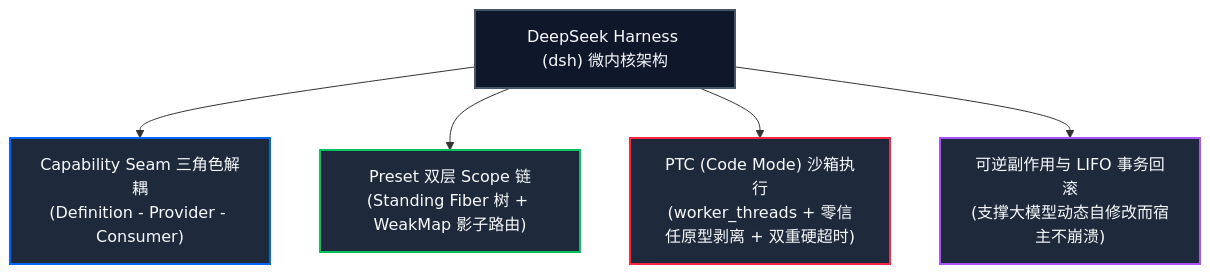
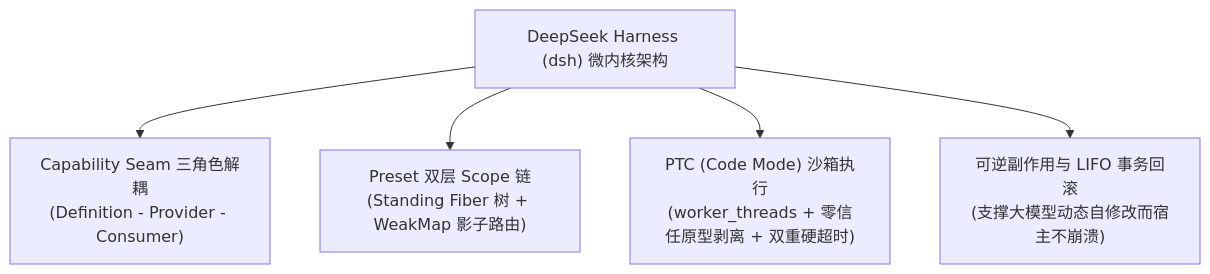
Before and after one commit to SXP-Simon/SXP-Simon.github.io: the fourth of 5 diagrams in src/content/posts/plugin-architecture-evolution-koishi-astrbot-dsh.mdx, drawn with Mermaid. The commit also changed other lines of this file and 4 other files, not shown here.

Commit message:
feat(ui): add native TOC with scrollspy, CJK reading time, fix Mermaid theming and SVG lightbox zoom

````diff
--- a/src/content/posts/plugin-architecture-evolution-koishi-astrbot-dsh.mdx
+++ b/src/content/posts/plugin-architecture-evolution-koishi-astrbot-dsh.mdx
@@ -379,15 +372,9 @@
 ```mermaid
 graph TD
-    classDef root fill:#0f172a,stroke:#475569,stroke-width:2px,color:#f8fafc;
-    classDef seam fill:#1e293b,stroke:#0066FF,stroke-width:2px,color:#f8fafc;
-    classDef scope fill:#1e293b,stroke:#07C160,stroke-width:2px,color:#f8fafc;
-    classDef ptc fill:#1e293b,stroke:#FF2442,stroke-width:2px,color:#f8fafc;
-    classDef lifo fill:#1e293b,stroke:#A855F7,stroke-width:2px,color:#f8fafc;
+    DSH["DeepSeek Harness (dsh) 微内核架构"]
 
-    DSH["DeepSeek Harness (dsh) 微内核架构"]:::root
-
-    DSH --> S1["Capability Seam 三角色解耦<br/>(Definition - Provider - Consumer)"]:::seam
-    DSH --> S2["Preset 双层 Scope 链<br/>(Standing Fiber 树 + WeakMap 影子路由)"]:::scope
-    DSH --> S3["PTC (Code Mode) 沙箱执行<br/>(worker_threads + 零信任原型剥离 + 双重硬超时)"]:::ptc
-    DSH --> S4["可逆副作用与 LIFO 事务回滚<br/>(支撑大模型动态自修改而宿主不崩溃)"]:::lifo
+    DSH --> S1["Capability Seam 三角色解耦<br/>(Definition - Provider - Consumer)"]
+    DSH --> S2["Preset 双层 Scope 链<br/>(Standing Fiber 树 + WeakMap 影子路由)"]
+    DSH --> S3["PTC (Code Mode) 沙箱执行<br/>(worker_threads + 零信任原型剥离 + 双重硬超时)"]
+    DSH --> S4["可逆副作用与 LIFO 事务回滚<br/>(支撑大模型动态自修改而宿主不崩溃)"]
 ```
````
